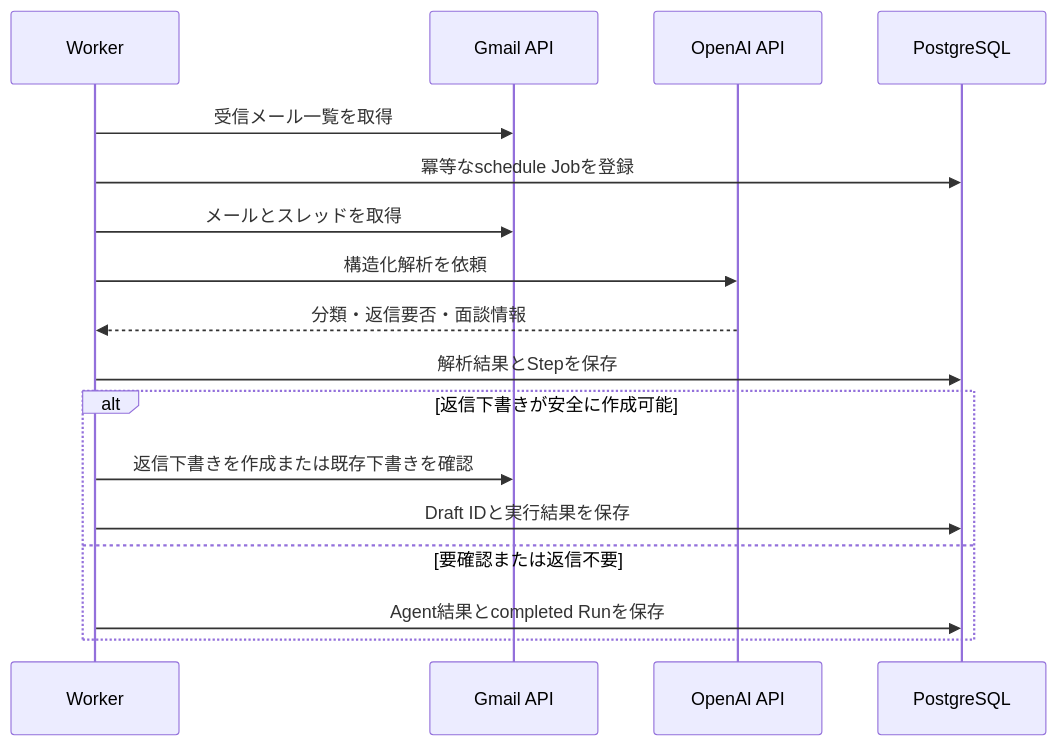
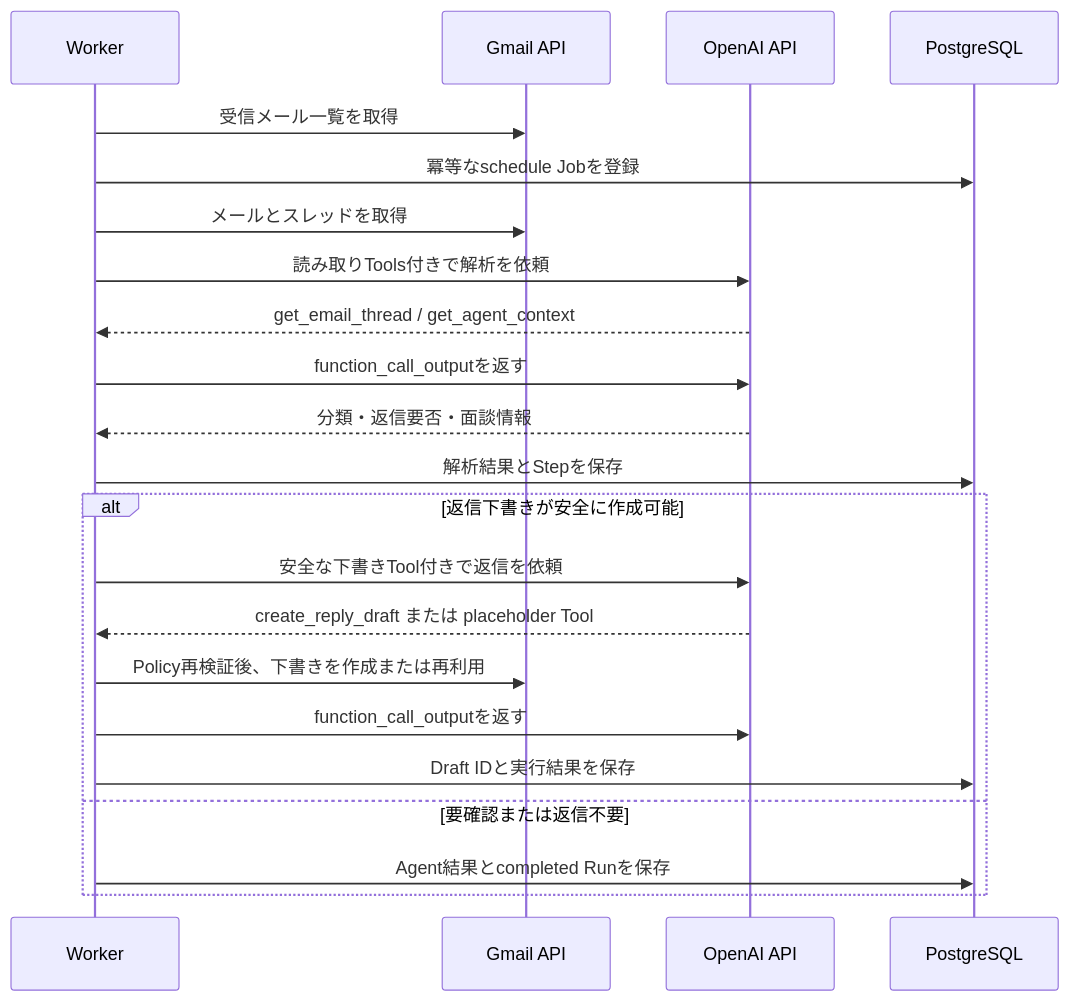
One commit to yusukesugahara/AIAgents changed the second of 2 diagrams in README.md. Above: the diagram before and after it, drawn with Mermaid. The commit also changed other lines of this file and 21 other files, not shown here.

Commit message:
feat: implement secure OpenAI function calling loops for email analysis and draft creation

````diff
--- a/README.md
+++ b/README.md
@@ -41,20 +41,25 @@
 ```mermaid
 sequenceDiagram
   participant W as Worker
   participant G as Gmail API
   participant L as OpenAI API
   participant D as PostgreSQL
 
   W->>G: 受信メール一覧を取得
   W->>D: 冪等なschedule Jobを登録
   W->>G: メールとスレッドを取得
-  W->>L: 構造化解析を依頼
+  W->>L: 読み取りTools付きで解析を依頼
+  L-->>W: get_email_thread / get_agent_context
+  W->>L: function_call_outputを返す
   L-->>W: 分類・返信要否・面談情報
   W->>D: 解析結果とStepを保存
   alt 返信下書きが安全に作成可能
-    W->>G: 返信下書きを作成または既存下書きを確認
+    W->>L: 安全な下書きTool付きで返信を依頼
+    L-->>W: create_reply_draft または placeholder Tool
+    W->>G: Policy再検証後、下書きを作成または再利用
+    W->>L: function_call_outputを返す
     W->>D: Draft IDと実行結果を保存
   else 要確認または返信不要
     W->>D: Agent結果とcompleted Runを保存
   end
 ```
````
